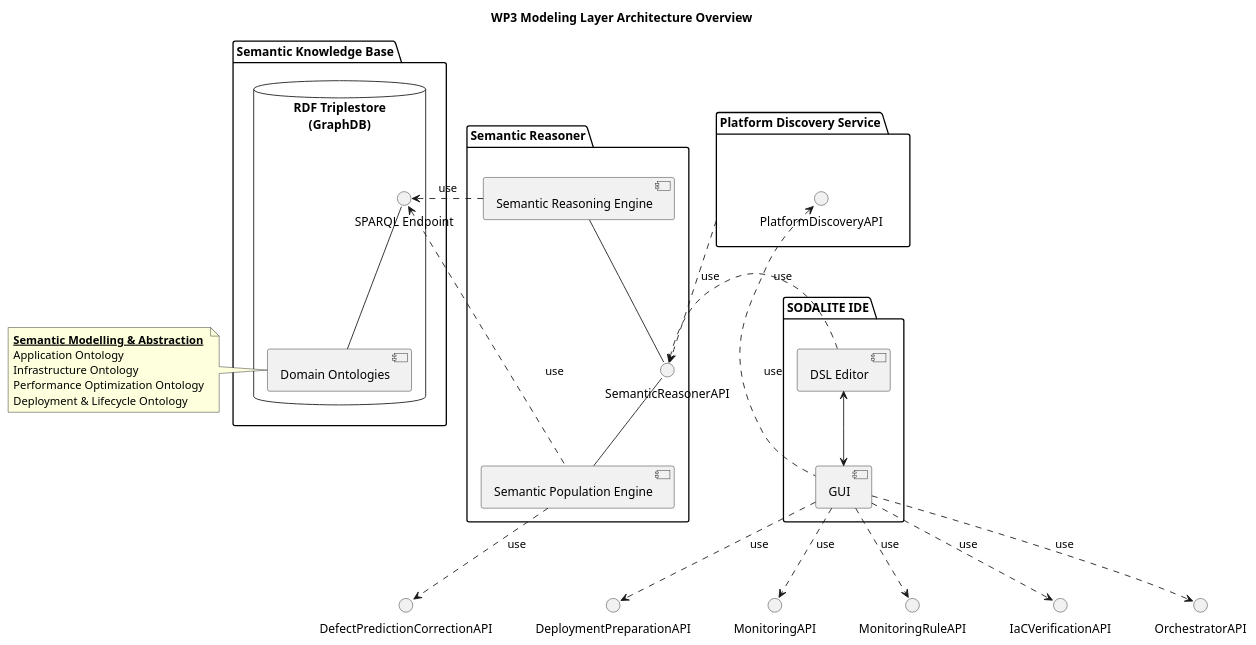
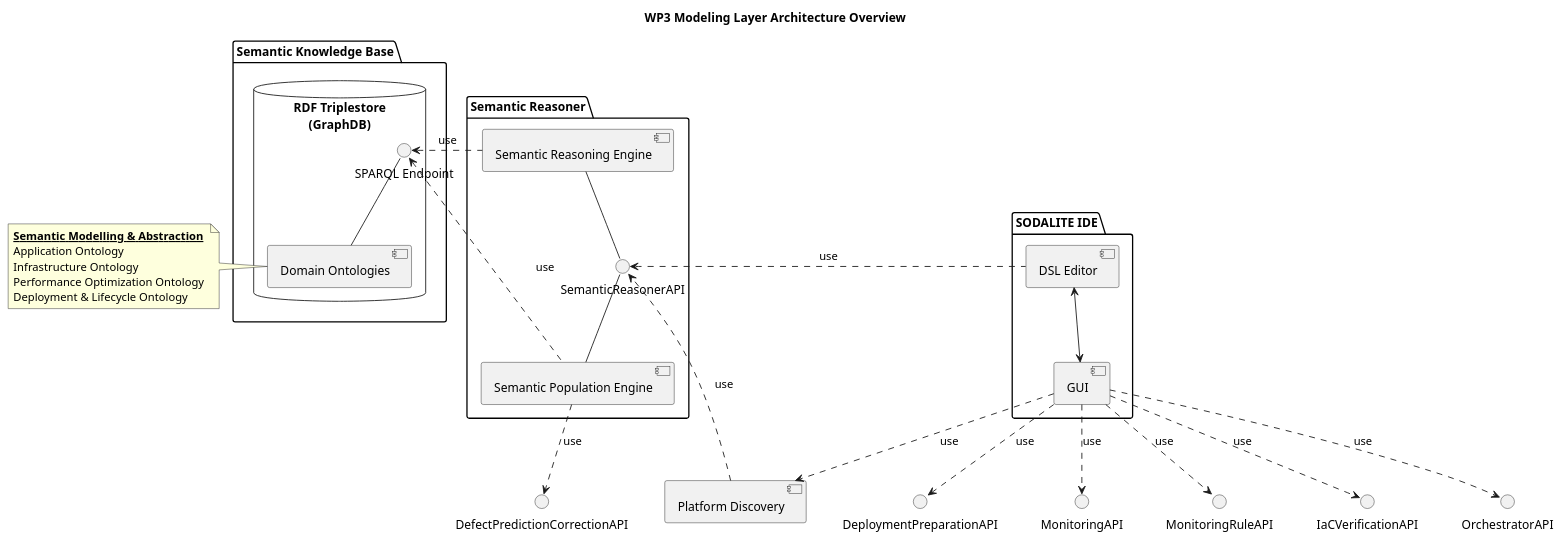
Before and after one commit to SODALITE-EU/project-wide-documentation: the diagram in uml/component-diagrams/CD-WP3-ArchitectureOverview.puml, drawn with PlantUML.

Commit message:
PDS change

```diff
--- a/uml/component-diagrams/CD-WP3-ArchitectureOverview.puml
+++ b/uml/component-diagrams/CD-WP3-ArchitectureOverview.puml
@@ -1,59 +1,56 @@
 @startuml
 
 title WP3 Modeling Layer Architecture Overview
 
 interface "DeploymentPreparationAPI" as deploymentPreparationAPI
 interface "DefectPredictionCorrectionAPI" as correctionAPI
 interface "MonitoringAPI" as monitoringAPI
 interface "MonitoringRuleAPI" as monitoringRuleAPI
 interface "IaCVerificationAPI" as iacverificationAPI
 interface "OrchestratorAPI" as orchestratorAPI
 
-package "Platform Discovery Service" as PDS {
-    interface "PlatformDiscoveryAPI" as PDSAPI
-}
-
+component "Platform Discovery" as PDS 
 package "SODALITE IDE" as IDE {
     component [DSL Editor] as ideDSLeditor
     component [GUI] as ideGUI
 }
 
 package "Semantic Reasoner" as res {
     interface "SemanticReasonerAPI" as resAPI
     component [Semantic Population Engine] as resPopulationEngine
     component [Semantic Reasoning Engine] as resReasoningEngine
 }
 
 package "Semantic Knowledge Base" as repo {
     database "RDF Triplestore\n(GraphDB)" as triplestore {
         interface "SPARQL Endpoint" as repoEndpoint
         component [Domain Ontologies] as repoOntologies
     }
 }
 
 note left of repoOntologies
    __**Semantic Modelling & Abstraction**__ 
    Application Ontology
    Infrastructure Ontology
    Performance Optimization Ontology
    Deployment & Lifecycle Ontology
 end note
 
-ideGUI .up.> PDSAPI : use
-PDS .down.> resAPI : use
+ideGUI ..> PDS : use
+PDS ..> resAPI : use
 resAPI -down- resPopulationEngine
 resAPI -up- resReasoningEngine
 ideDSLeditor .left.> resAPI: use
 ideDSLeditor <-down-> ideGUI
 repoOntologies -up- repoEndpoint
 resPopulationEngine .left.> repoEndpoint: use
 resReasoningEngine .left.> repoEndpoint: use
 resPopulationEngine ..> correctionAPI: use
 ideGUI ..> deploymentPreparationAPI : use
 ideGUI ..> monitoringAPI : use
 ideGUI ..> monitoringRuleAPI : use
 ideGUI ..> iacverificationAPI : use
 ideGUI ..> orchestratorAPI : use
 
 
 @enduml
```
